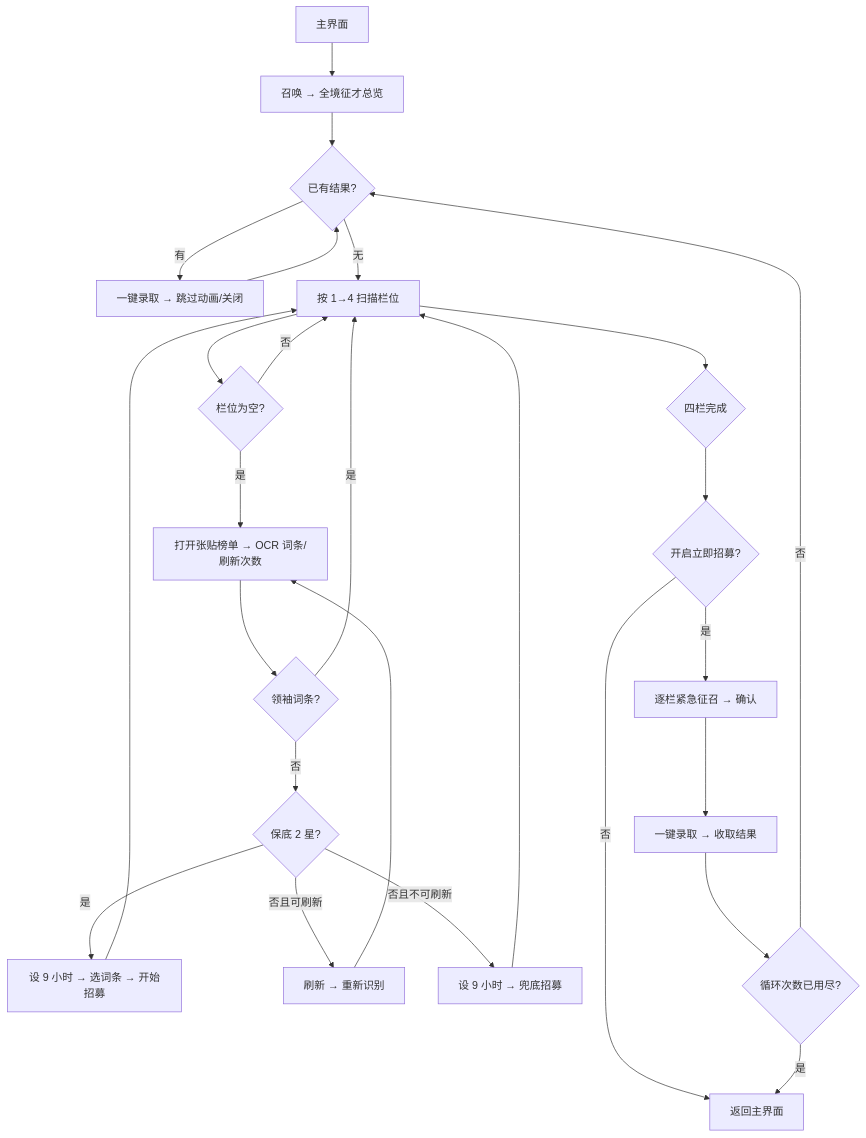
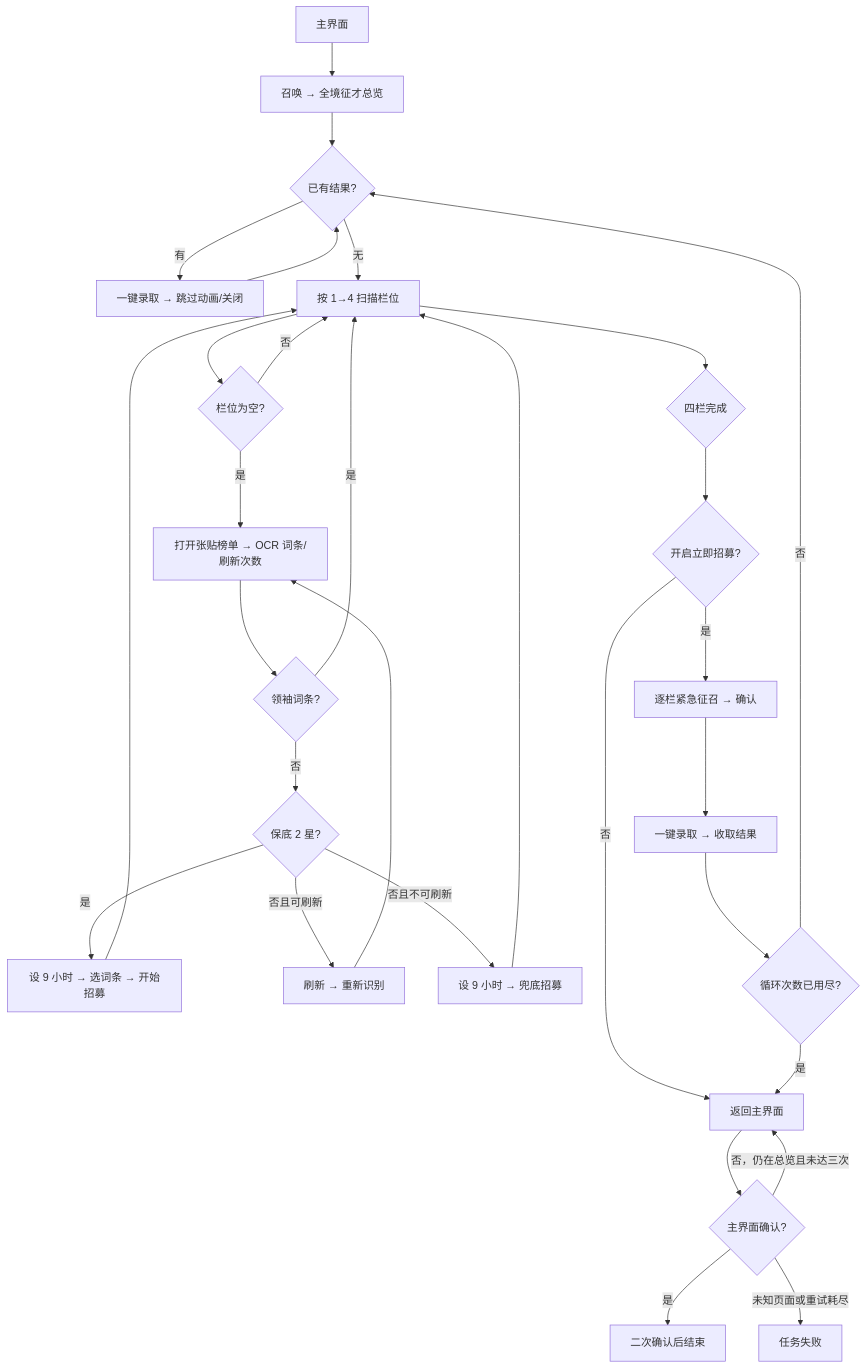
Before and after one commit to cccrx1/TKFMaa: the diagram in docs/zh_cn/tasks/daily_recruitment.md, drawn with Mermaid. The commit also changed other lines of this file and 2 other files, not shown here.

Commit message:
fix(recruitment): 移除全屏等待并确认返回主界面

````diff
--- a/docs/zh_cn/tasks/daily_recruitment.md
+++ b/docs/zh_cn/tasks/daily_recruitment.md
@@ -19,29 +19,33 @@
 ```mermaid
 flowchart TD
 A[主界面] --> B[召唤 → 全境征才总览]
 B --> R{已有结果?}
 R -->|有| S[一键录取 → 跳过动画/关闭]
 S --> R
 R -->|无| C[按 1→4 扫描栏位]
 C --> D{栏位为空?}
 D -->|否| C
 D -->|是| F[打开张贴榜单 → OCR 词条/刷新次数]
 F --> G{领袖词条?}
 G -->|是| C
 G -->|否| H{保底 2 星?}
 H -->|是| I[设 9 小时 → 选词条 → 开始招募]
 H -->|否且可刷新| J[刷新 → 重新识别]
 H -->|否且不可刷新| K[设 9 小时 → 兜底招募]
 I --> C
 J --> F
 K --> C
 C --> L{四栏完成}
 L --> M{开启立即招募?}
 M -->|否| N[返回主界面]
 M -->|是| O[逐栏紧急征召 → 确认]
 O --> P[一键录取 → 收取结果]
 P --> Q{循环次数已用尽?}
 Q -->|否| R
 Q -->|是| N
+N --> V{主界面确认?}
+V -->|是| Z[二次确认后结束]
+V -->|否，仍在总览且未达三次| N
+V -->|未知页面或重试耗尽| X[任务失败]
 
 ```
````
